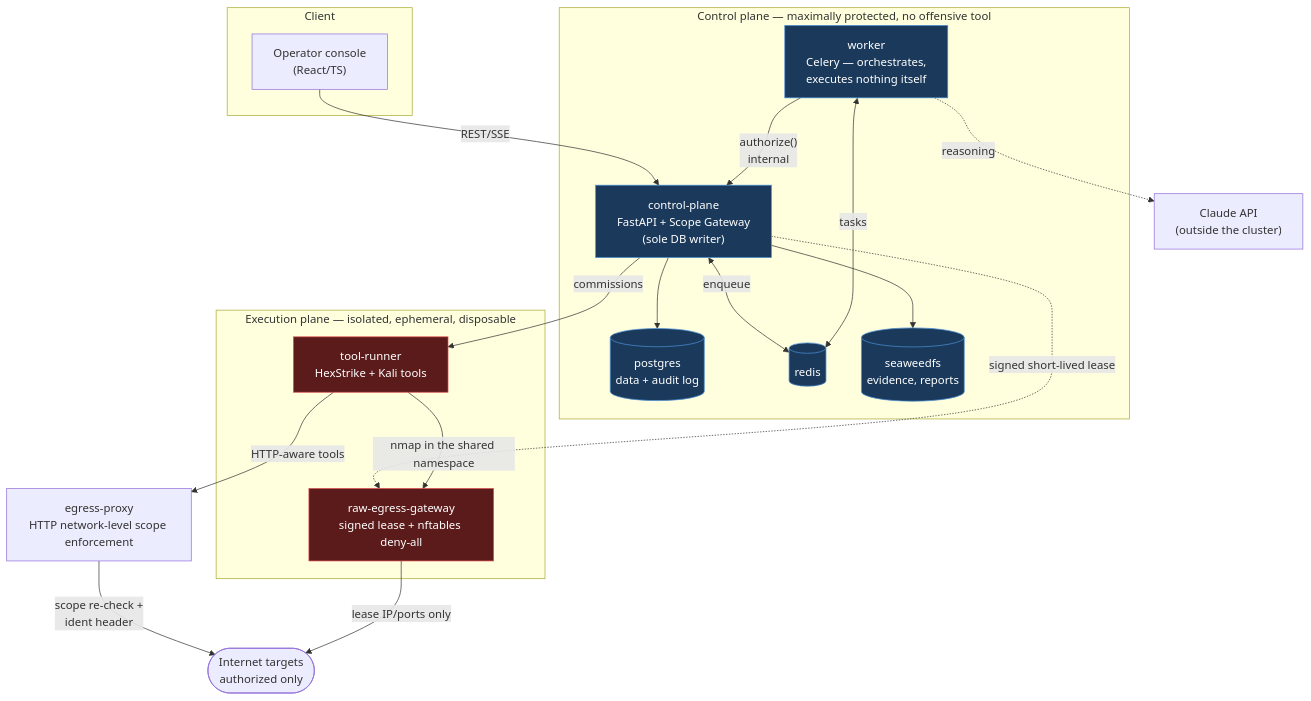
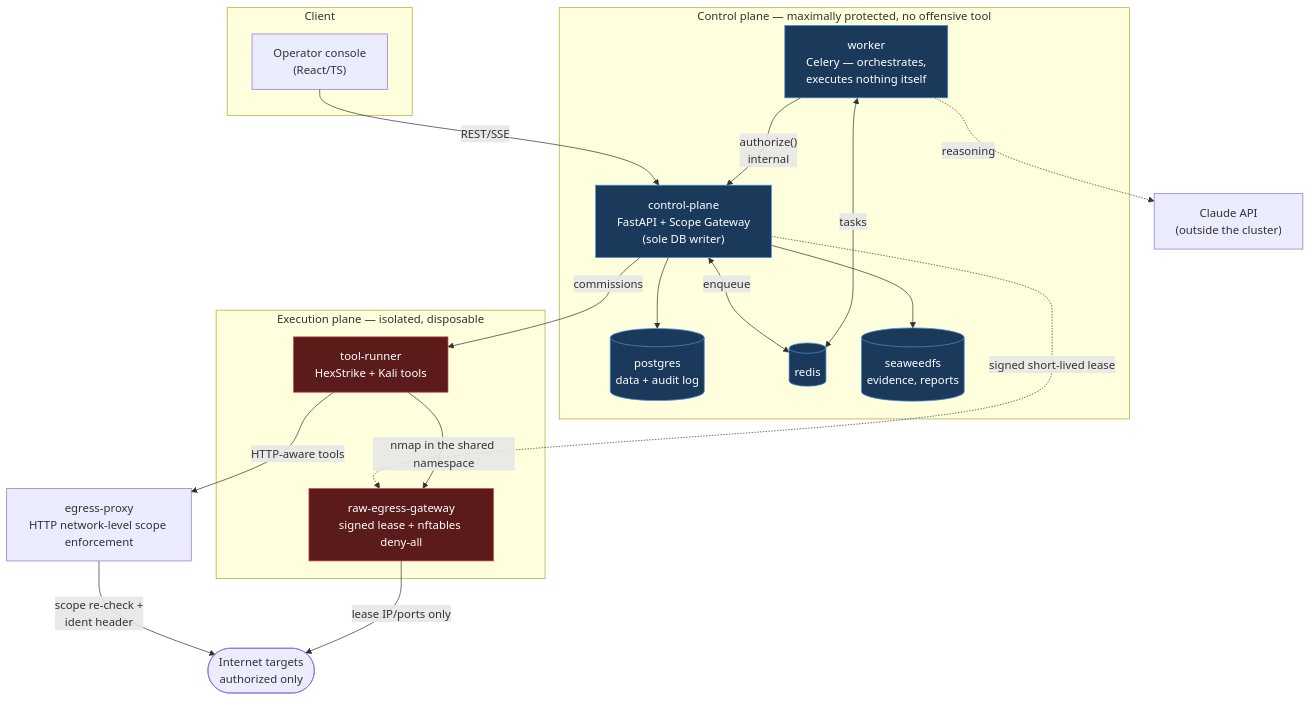
Before and after one commit to dt-cyberworks/axial: the first of 2 diagrams in docs/architecture.md, drawn with Mermaid. The commit also changed other lines of this file and 414 other files, not shown here.

````diff
--- a/docs/architecture.md
+++ b/docs/architecture.md
@@ -19,42 +18,42 @@
 ```mermaid
 flowchart TB
     subgraph client["Client"]
         UI["Operator console<br/>(React/TS)"]
     end
 
     subgraph control["Control plane — maximally protected, no offensive tool"]
         CP["control-plane<br/>FastAPI + Scope Gateway<br/>(sole DB writer)"]
         WK["worker<br/>Celery — orchestrates,<br/>executes nothing itself"]
         DB[("postgres<br/>data + audit log")]
         RD[("redis")]
         S3[("seaweedfs<br/>evidence, reports")]
     end
 
-    subgraph exec["Execution plane — isolated, ephemeral, disposable"]
+    subgraph exec["Execution plane — isolated, disposable"]
         TR["tool-runner<br/>HexStrike + Kali tools"]
         RG["raw-egress-gateway<br/>signed lease + nftables deny-all"]
     end
 
     EP["egress-proxy<br/>HTTP network-level scope enforcement"]
     LLM["Claude API<br/>(outside the cluster)"]
     NET(["Internet targets<br/>authorized only"])
 
     UI -->|REST/SSE| CP
     CP --> DB
     CP --> S3
     CP <-->|enqueue| RD
     WK <-->|tasks| RD
     WK -->|"authorize()<br/>internal"| CP
     WK -.->|reasoning| LLM
     CP -->|commissions| TR
     TR -->|"HTTP-aware tools"| EP
     EP -->|"scope re-check +<br/>ident header"| NET
     CP -.->|"signed short-lived lease"| RG
     TR -->|"nmap in the shared namespace"| RG
     RG -->|"lease IP/ports only"| NET
 
     classDef ctrl fill:#1b3a5b,stroke:#4a90d9,color:#fff
     classDef exe fill:#5b1b1b,stroke:#d94a4a,color:#fff
     class CP,WK,DB,RD,S3 ctrl
     class TR,RG exe
 ```
````
